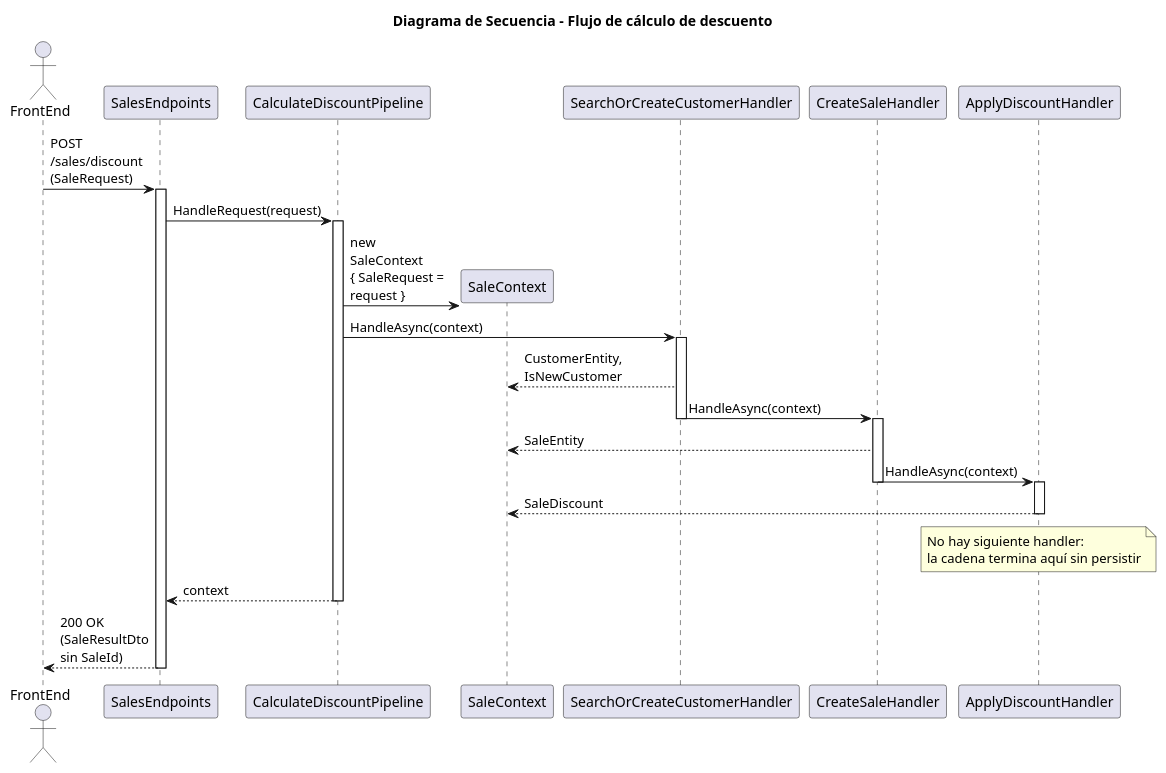
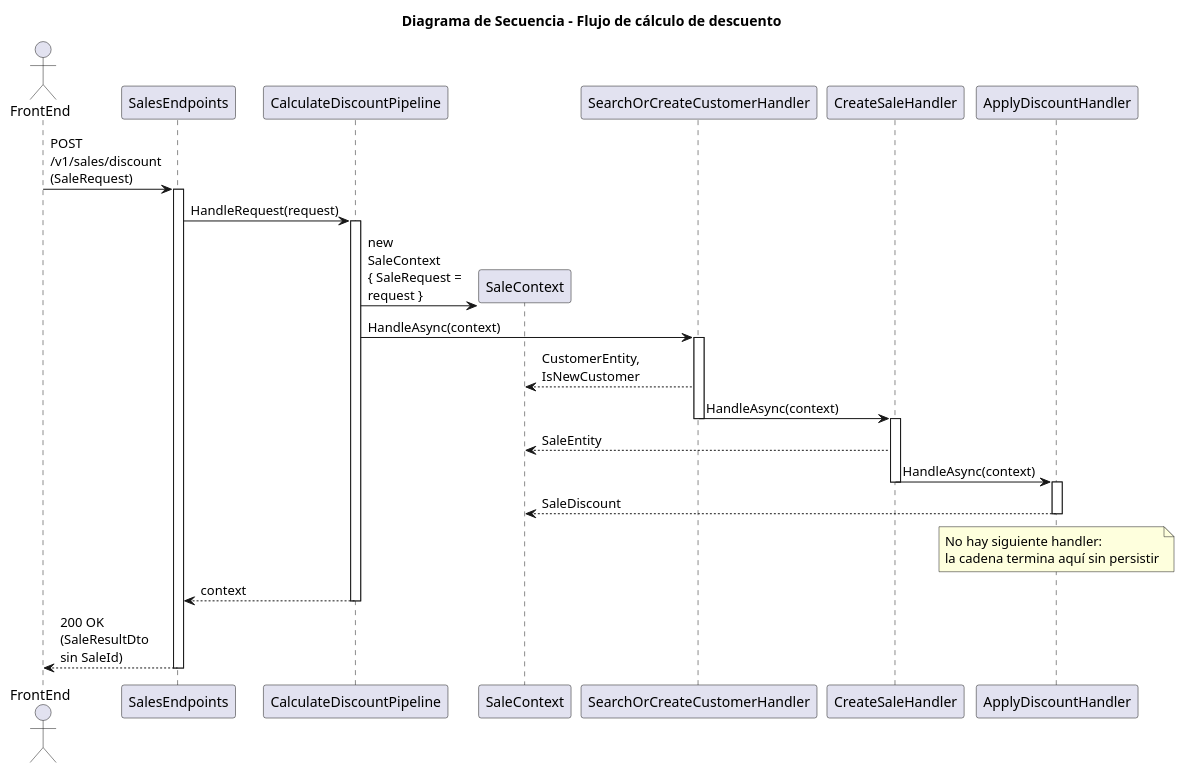
Before and after one commit to rogerrocaarano/DesignPatternsDemo: the diagram in docs/WebApi/seq-calculate-discount-flow.puml, drawn with PlantUML. The commit also changed 93 other files, not shown here.

First line of the commit message:
Refactor: migrate Sales to Use Case pattern and adopt layered architecture

```diff
--- a/docs/WebApi/seq-calculate-discount-flow.puml
+++ b/docs/WebApi/seq-calculate-discount-flow.puml
@@ -1,49 +1,49 @@
 @startuml
 
 title Diagrama de Secuencia - Flujo de cálculo de descuento
 
 skinparam wrapWidth 250
 skinparam maxMessageSize 100
 
 actor FrontEnd
 participant SalesEndpoints
 participant CalculateDiscountPipeline
 participant SaleContext
 participant SearchOrCreateCustomerHandler
 participant CreateSaleHandler
 participant ApplyDiscountHandler
 
-FrontEnd -> SalesEndpoints : POST /sales/discount\n(SaleRequest)
+FrontEnd -> SalesEndpoints : POST /v1/sales/discount\n(SaleRequest)
 activate SalesEndpoints
 
 SalesEndpoints -> CalculateDiscountPipeline : HandleRequest(request)
 activate CalculateDiscountPipeline
 
 CalculateDiscountPipeline -> SaleContext ** : new SaleContext\n{ SaleRequest = request }
 
 CalculateDiscountPipeline -> SearchOrCreateCustomerHandler : HandleAsync(context)
 activate SearchOrCreateCustomerHandler
 SearchOrCreateCustomerHandler --> SaleContext : CustomerEntity, IsNewCustomer
 SearchOrCreateCustomerHandler -> CreateSaleHandler : HandleAsync(context)
 deactivate SearchOrCreateCustomerHandler
 
 activate CreateSaleHandler
 CreateSaleHandler --> SaleContext : SaleEntity
 CreateSaleHandler -> ApplyDiscountHandler : HandleAsync(context)
 deactivate CreateSaleHandler
 
 activate ApplyDiscountHandler
 ApplyDiscountHandler --> SaleContext : SaleDiscount
 note over ApplyDiscountHandler
     No hay siguiente handler:
     la cadena termina aquí sin persistir
 end note
 deactivate ApplyDiscountHandler
 
 CalculateDiscountPipeline --> SalesEndpoints : context
 deactivate CalculateDiscountPipeline
 
 SalesEndpoints --> FrontEnd : 200 OK\n(SaleResultDto sin SaleId)
 deactivate SalesEndpoints
 
 @enduml
```
